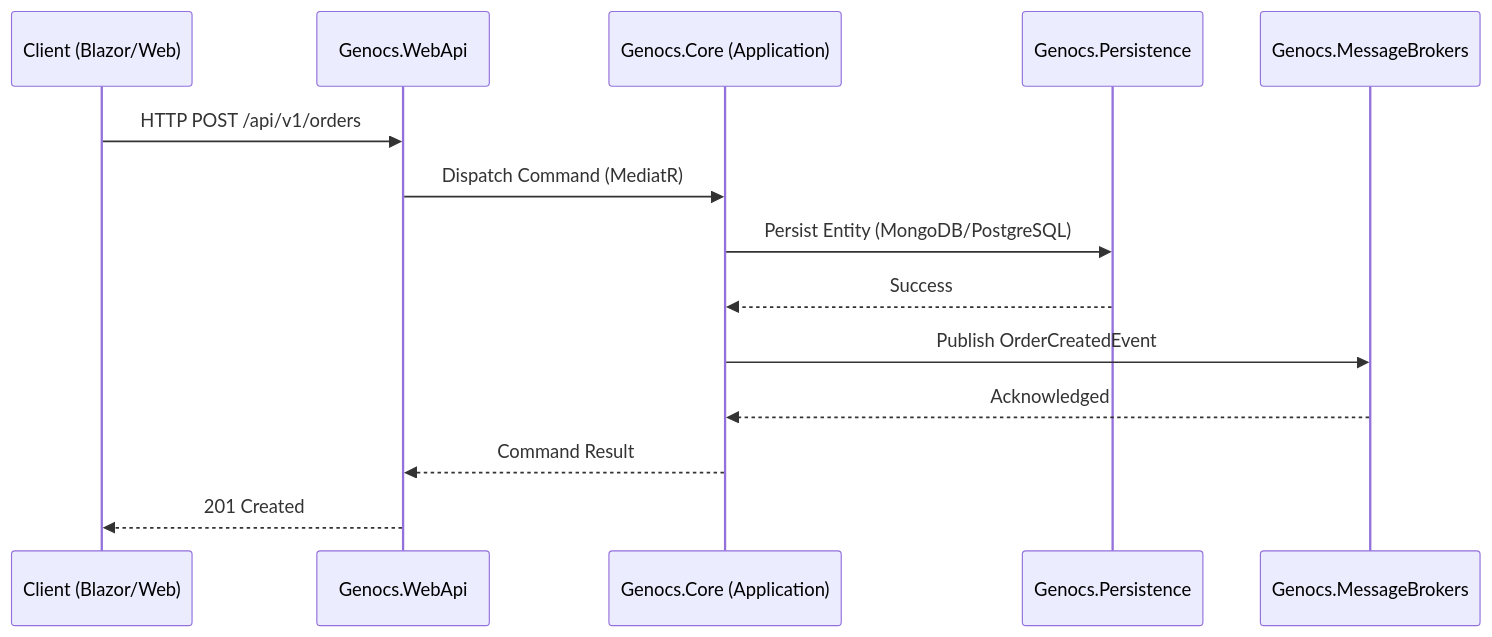
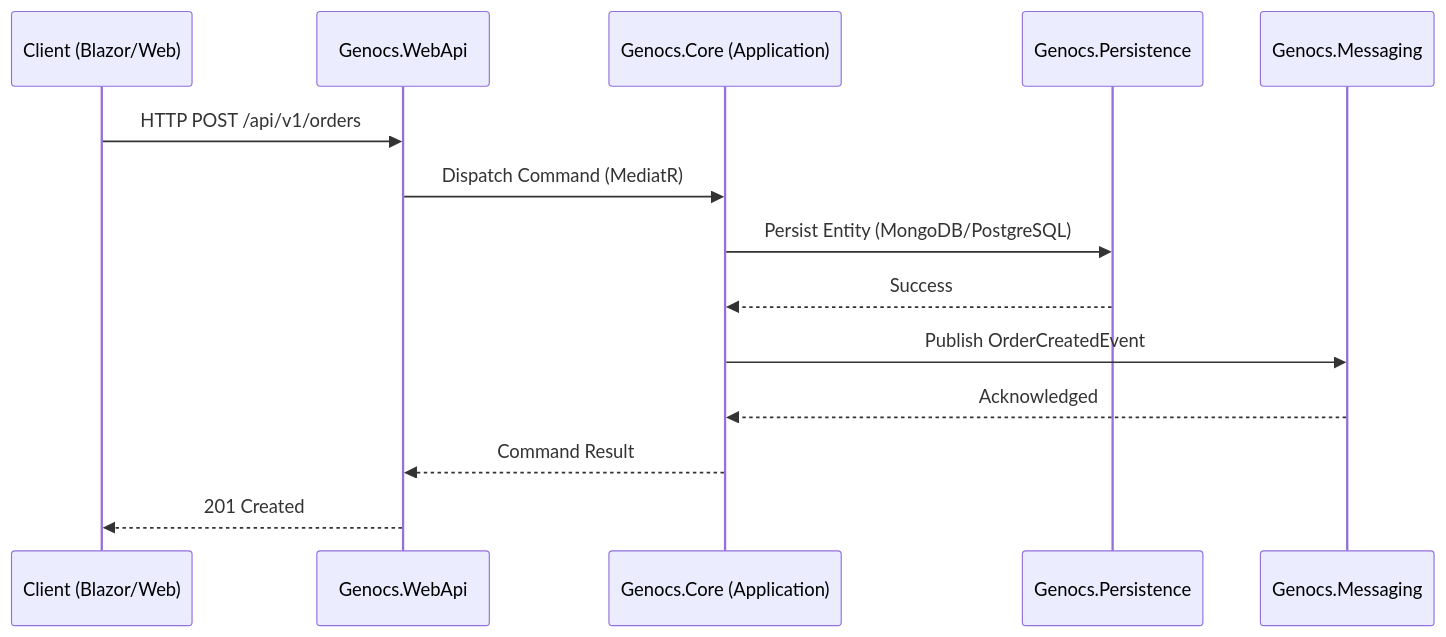
The diagram in content/en/_index.md (Genocs/genocs-library-docs), drawn with Mermaid before and after one commit. The commit also changed other lines of this file and 16 other files, not shown here.

````diff
--- a/content/en/_index.md
+++ b/content/en/_index.md
@@ -12,17 +12,17 @@
 ```mermaid
 sequenceDiagram
     participant Client as Client (Blazor/Web)
     participant API as Genocs.WebApi
     participant Core as Genocs.Core (Application)
     participant DB as Genocs.Persistence
-    participant Broker as Genocs.MessageBrokers
+    participant Broker as Genocs.Messaging
 
     Client->>API: HTTP POST /api/v1/orders
     API->>Core: Dispatch Command (MediatR)
     Core->>DB: Persist Entity (MongoDB/PostgreSQL)
     DB-->>Core: Success
     Core->>Broker: Publish OrderCreatedEvent
     Broker-->>Core: Acknowledged
     Core-->>API: Command Result
     API-->>Client: 201 Created
 ```
````
